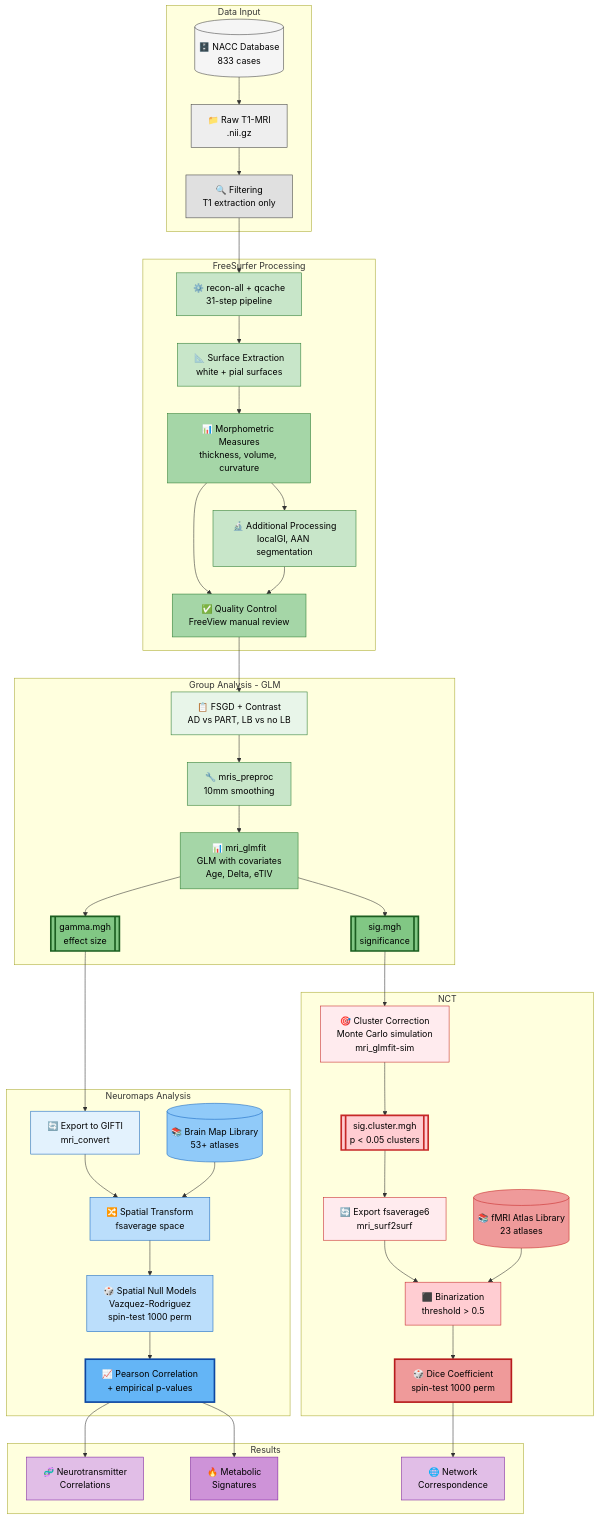
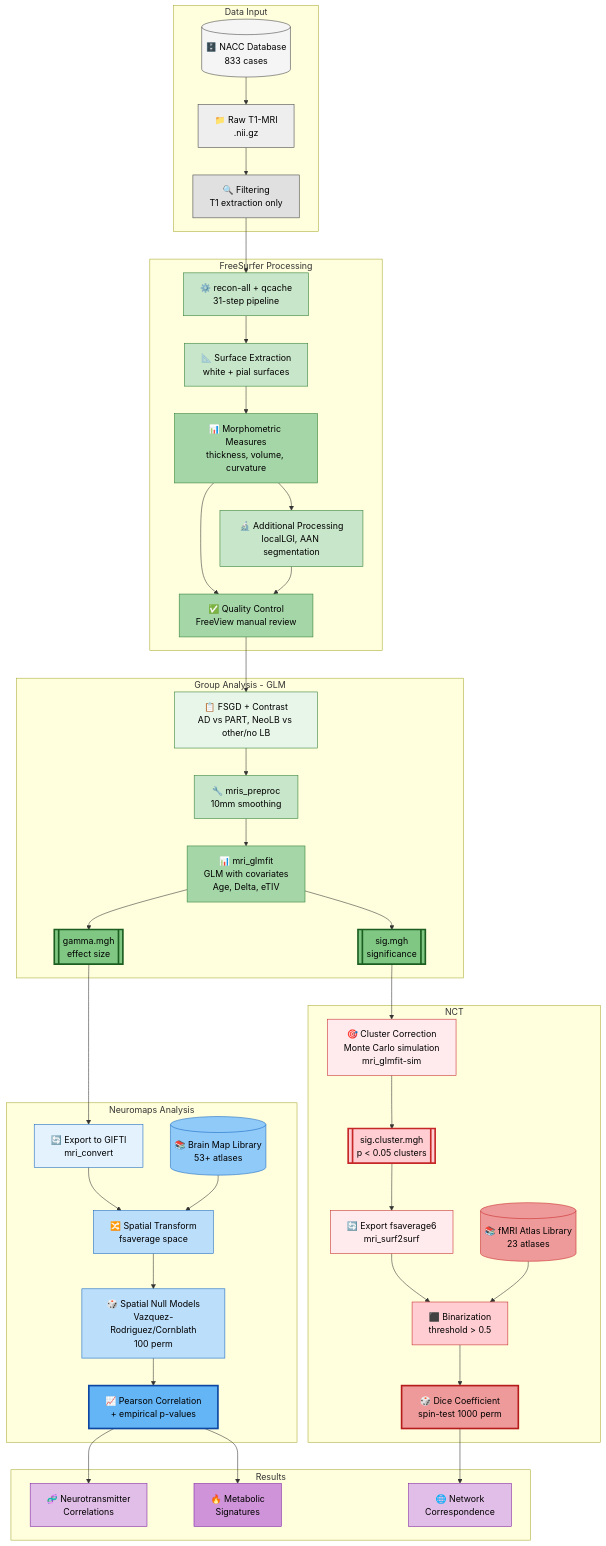
Before and after one commit to luisAraujo11/Thesis: the diagram in README.md, drawn with Mermaid.

Commit message:
Final MD

```diff
--- a/README.md
+++ b/README.md
@@ -27,13 +27,13 @@
         B1["⚙️ recon-all + qcache<br/>31-step pipeline"]
         B2["📐 Surface Extraction<br/>white + pial surfaces"]
         B3["📊 Morphometric Measures<br/>thickness, volume, curvature"]
-        B4["🔬 Additional Processing<br/>localGI, AAN segmentation"]
+        B4["🔬 Additional Processing<br/>localLGI, AAN segmentation"]
         B5["✅ Quality Control<br/>FreeView manual review"]
     end
     
     %% ============ GROUP ANALYSIS ============
     subgraph GA["Group Analysis - GLM"]
-        C1["📋 FSGD + Contrast<br/>AD vs PART, LB vs no LB"]
+        C1["📋 FSGD + Contrast<br/>AD vs PART, NeoLB vs other/no LB"]
         C2["🔧 mris_preproc<br/>10mm smoothing"]
         C3["📊 mri_glmfit<br/>GLM with covariates<br/>Age, Delta, eTIV"]
         C4[["gamma.mgh<br/>effect size"]]
@@ -45,7 +45,7 @@
         D1["🔄 Export to GIFTI<br/>mri_convert"]
         D2["🔀 Spatial Transform<br/>fsaverage space"]
         D3[("📚 Brain Map Library<br/>53+ atlases")]
-        D4["🎲 Spatial Null Models<br/>Vazquez-Rodriguez<br/>spin-test 1000 perm"]
+        D4["🎲 Spatial Null Models<br/>Vazquez-Rodriguez/Cornblath<br/>100 perm"]
         D5["📈 Pearson Correlation<br/>+ empirical p-values"]
     end
     
```
